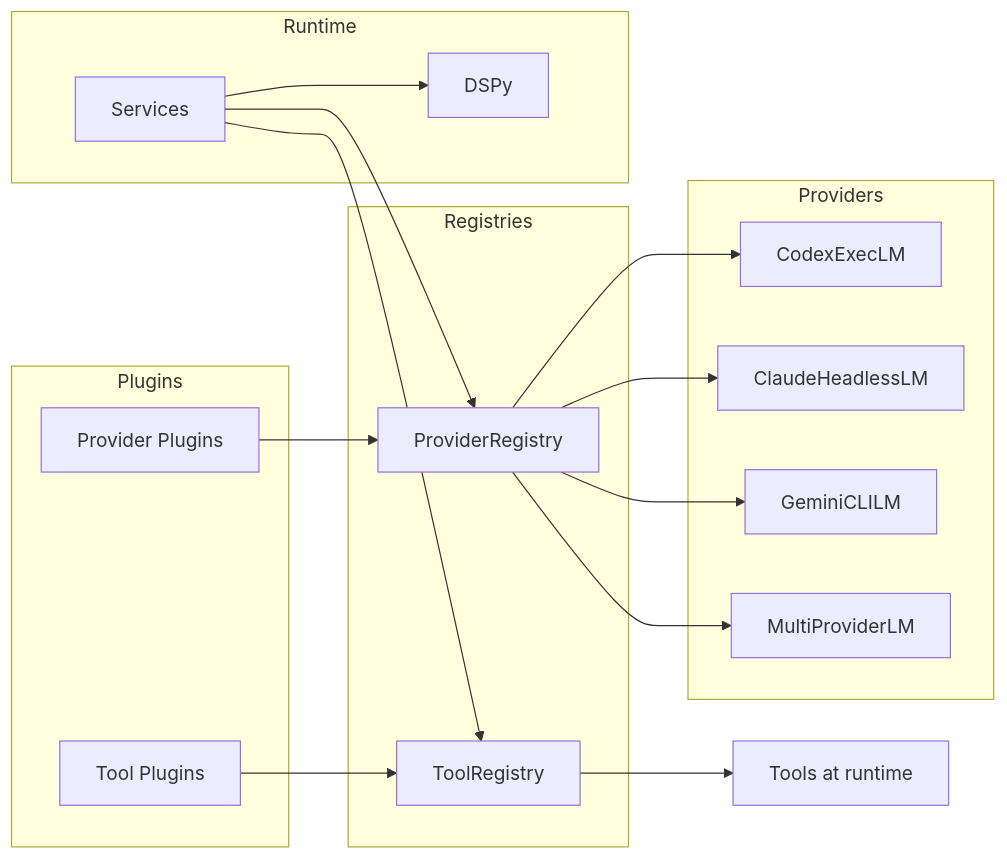
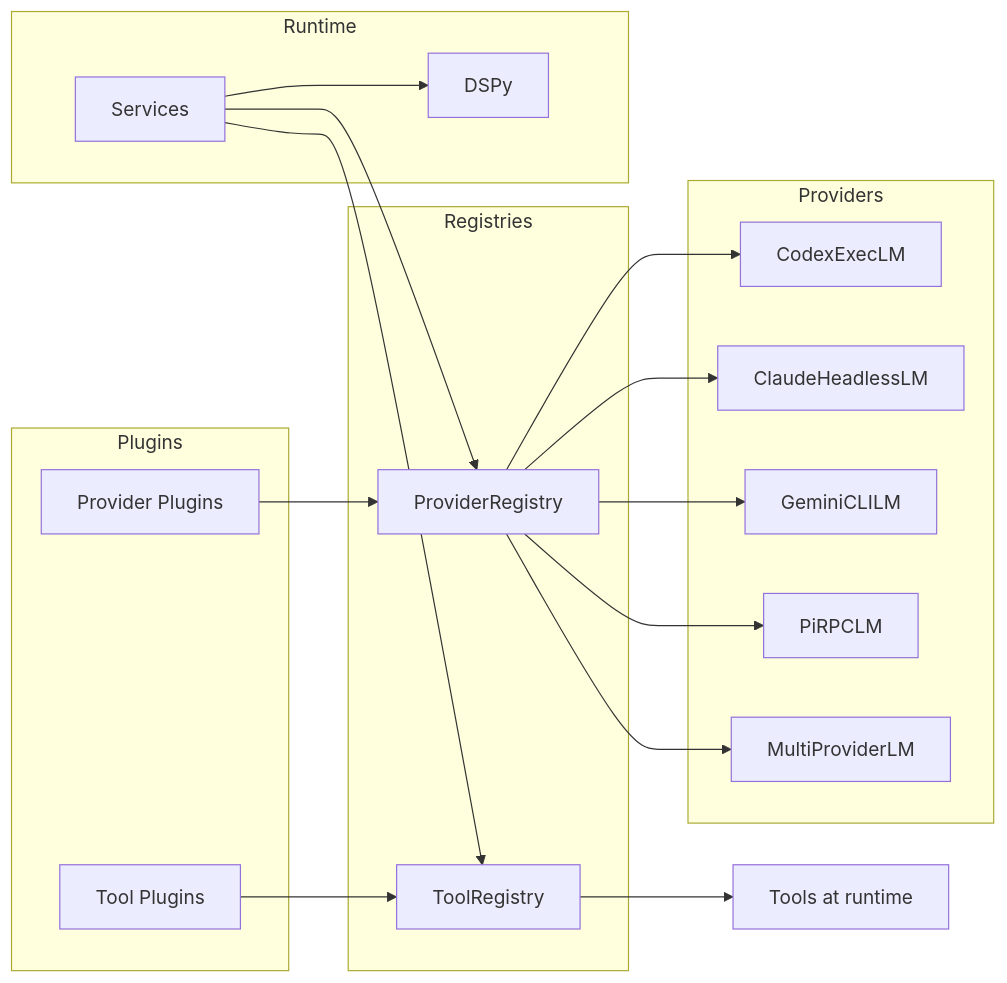
Before and after one commit to tryingET/dspx: the fourth of 6 diagrams in docs/ARCHITECTURE.md, drawn with Mermaid. The commit also changed other lines of this file and 6 other files, not shown here.

First line of the commit message:
📝 docs(architecture): refresh vision and docs metadata

````diff
--- a/docs/ARCHITECTURE.md
+++ b/docs/ARCHITECTURE.md
@@ -133,38 +145,40 @@
 ```mermaid
 graph LR
   subgraph Plugins
     ProvPlugin["Provider Plugins"]
     ToolPlugin["Tool Plugins"]
   end
 
   subgraph Registries
     ProvReg["ProviderRegistry"]
     ToolReg["ToolRegistry"]
   end
 
   subgraph Runtime
     Services["Services"]
     DSPy["DSPy"]
   end
 
   subgraph Providers
     Codex["CodexExecLM"]
     Claude["ClaudeHeadlessLM"]
     Gemini["GeminiCLILM"]
+    PiRPC["PiRPCLM"]
     Multi["MultiProviderLM"]
   end
 
   ProvPlugin --> ProvReg
   ToolPlugin --> ToolReg
 
   Services --> ProvReg
   Services --> ToolReg
   Services --> DSPy
 
   ProvReg --> Codex
   ProvReg --> Claude
   ProvReg --> Gemini
+  ProvReg --> PiRPC
   ProvReg --> Multi
 
   ToolReg --> ToolRuntime["Tools at runtime"]
 ```
````
